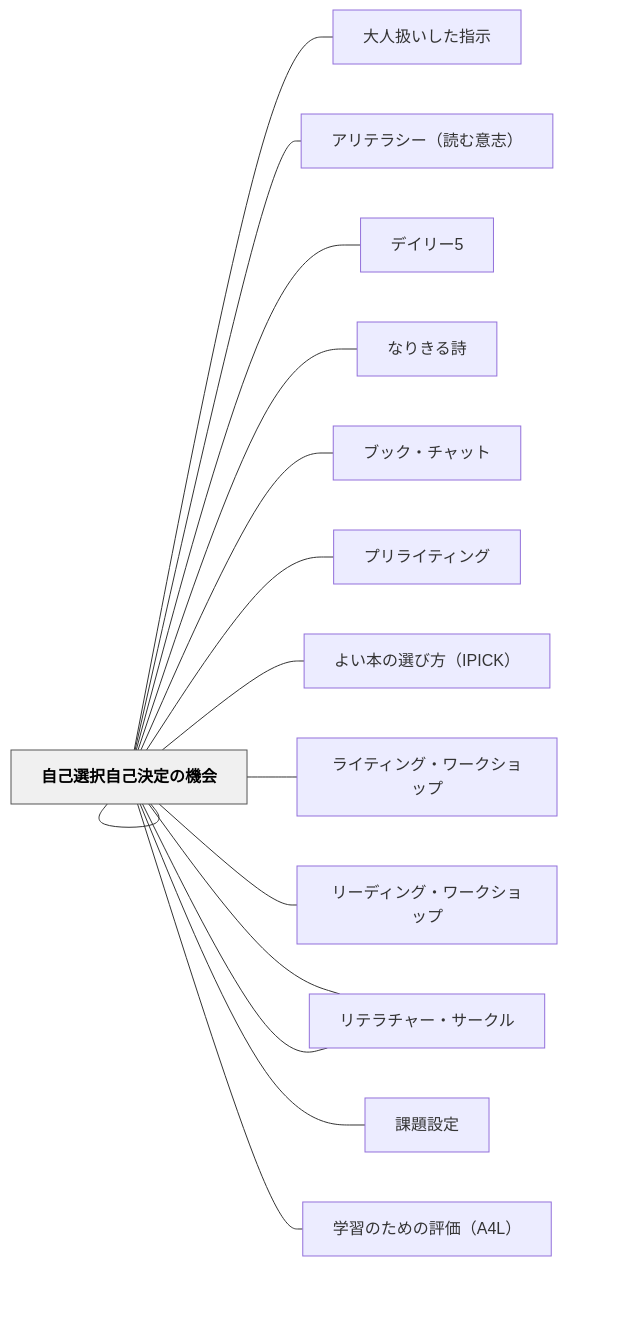
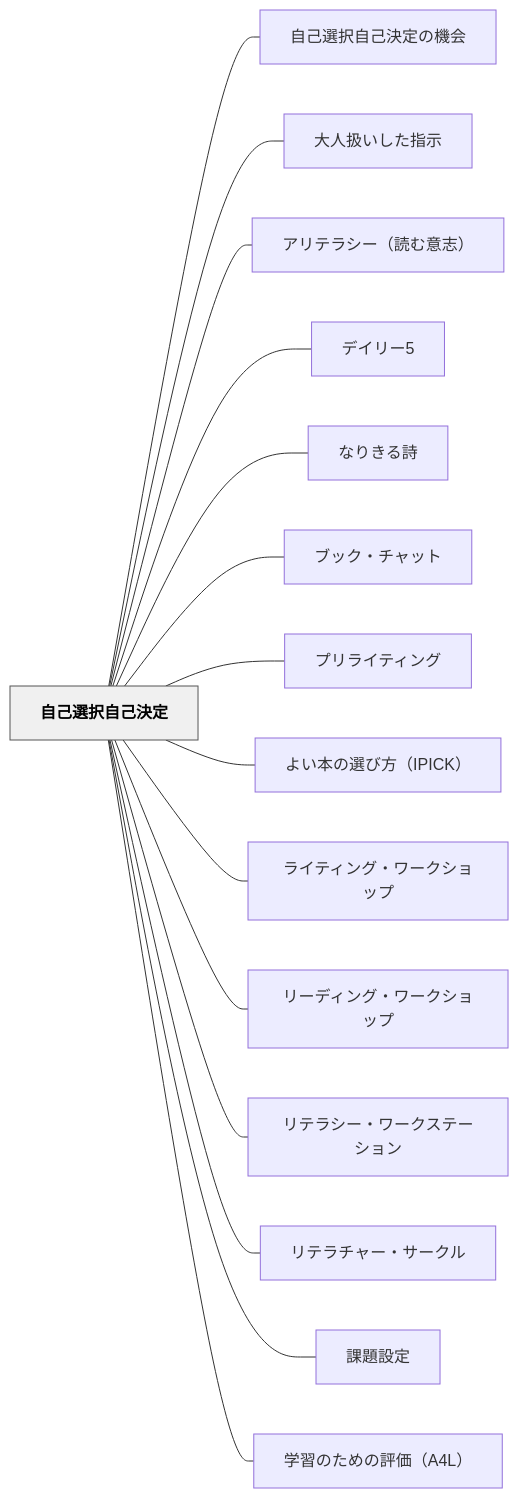
The diagram in content/パタン/自己選択自己決定.md (unknownthings-ed-patterns/unknownthings-ed-patterns), drawn with Mermaid before and after one commit. The commit also changed 527 other files, not shown here.

````diff
--- a/content/パタン/自己選択自己決定.md
+++ b/content/パタン/自己選択自己決定.md
@@ -50,36 +50,36 @@
 ```mermaid
 flowchart LR
-    ne887aae5b7b1["自己選択自己決定"]
-    ne887aae5b7b1["自己選択自己決定の機会"]
-    ne5a4a7e4baba["大人扱いした指示"]
-    ne382a2e383aa["アリテラシー（読む意志）"]
-    ne38387e382a4["デイリー5"]
-    ne381aae3828a["なりきる詩"]
-    ne38396e38383["ブック・チャット"]
-    ne38397e383aa["プリライティング"]
-    ne38288e38184["よい本の選び方（IPICK）"]
-    ne383a9e382a4["ライティング・ワークショップ"]
-    ne383aae383bc["リーディング・ワークショップ"]
-    ne383aae38386["リテラシー・ワークステーション"]
-    ne383aae38386["リテラチャー・サークル"]
-    ne8aab2e9a18c["課題設定"]
-    ne5ada6e7bf92["学習のための評価（A4L）"]
+    ne887aae5b7b1e981b8e68a9ee887aae5b7b1e6b1bae5ae9a["自己選択自己決定"]
+    ne887aae5b7b1e981b8e68a9ee887aae5b7b1e6b1bae5ae9ae381aee6a99fe4bc9a["自己選択自己決定の機会"]
+    ne5a4a7e4babae689b1e38184e38197e3819fe68c87e7a4ba["大人扱いした指示"]
+    ne382a2e383aae38386e383a9e382b7e383bcefbc88e8aaade38280e6848fe5bf97efbc89["アリテラシー（読む意志）"]
+    ne38387e382a4e383aae383bc35["デイリー5"]
+    ne381aae3828ae3818de3828be8a9a9["なりきる詩"]
+    ne38396e38383e382afe383bbe38381e383a3e38383e38388["ブック・チャット"]
+    ne38397e383aae383a9e382a4e38386e382a3e383b3e382b0["プリライティング"]
+    ne38288e38184e69cace381aee981b8e381b3e696b9efbc88495049434befbc89["よい本の選び方（IPICK）"]
+    ne383a9e382a4e38386e382a3e383b3e382b0e383bbe383afe383bce382afe382b7e383a7e38383e38397["ライティング・ワークショップ"]
+    ne383aae383bce38387e382a3e383b3e382b0e383bbe383afe383bce382afe382b7e383a7e38383e38397["リーディング・ワークショップ"]
+    ne383aae38386e383a9e382b7e383bce383bbe383afe383bce382afe382b9e38386e383bce382b7e383a7e383b3["リテラシー・ワークステーション"]
+    ne383aae38386e383a9e38381e383a3e383bce383bbe382b5e383bce382afe383ab["リテラチャー・サークル"]
+    ne8aab2e9a18ce8a8ade5ae9a["課題設定"]
+    ne5ada6e7bf92e381aee3819fe38281e381aee8a995e4bea1efbc8841344cefbc89["学習のための評価（A4L）"]
 
-    ne887aae5b7b1 --- ne887aae5b7b1
-    ne887aae5b7b1 --- ne5a4a7e4baba
-    ne887aae5b7b1 --- ne382a2e383aa
-    ne887aae5b7b1 --- ne38387e382a4
-    ne887aae5b7b1 --- ne381aae3828a
-    ne887aae5b7b1 --- ne38396e38383
-    ne887aae5b7b1 --- ne38397e383aa
-    ne887aae5b7b1 --- ne38288e38184
-    ne887aae5b7b1 --- ne383a9e382a4
-    ne887aae5b7b1 --- ne383aae383bc
-    ne887aae5b7b1 --- ne383aae38386
-    ne887aae5b7b1 --- ne383aae38386
-    ne887aae5b7b1 --- ne8aab2e9a18c
-    ne887aae5b7b1 --- ne5ada6e7bf92
+    ne887aae5b7b1e981b8e68a9ee887aae5b7b1e6b1bae5ae9a --- ne887aae5b7b1e981b8e68a9ee887aae5b7b1e6b1bae5ae9ae381aee6a99fe4bc9a
+    ne887aae5b7b1e981b8e68a9ee887aae5b7b1e6b1bae5ae9a --- ne5a4a7e4babae689b1e38184e38197e3819fe68c87e7a4ba
+    ne887aae5b7b1e981b8e68a9ee887aae5b7b1e6b1bae5ae9a --- ne382a2e383aae38386e383a9e382b7e383bcefbc88e8aaade38280e6848fe5bf97efbc89
+    ne887aae5b7b1e981b8e68a9ee887aae5b7b1e6b1bae5ae9a --- ne38387e382a4e383aae383bc35
+    ne887aae5b7b1e981b8e68a9ee887aae5b7b1e6b1bae5ae9a --- ne381aae3828ae3818de3828be8a9a9
+    ne887aae5b7b1e981b8e68a9ee887aae5b7b1e6b1bae5ae9a --- ne38396e38383e382afe383bbe38381e383a3e38383e38388
+    ne887aae5b7b1e981b8e68a9ee887aae5b7b1e6b1bae5ae9a --- ne38397e383aae383a9e382a4e38386e382a3e383b3e382b0
+    ne887aae5b7b1e981b8e68a9ee887aae5b7b1e6b1bae5ae9a --- ne38288e38184e69cace381aee981b8e381b3e696b9efbc88495049434befbc89
+    ne887aae5b7b1e981b8e68a9ee887aae5b7b1e6b1bae5ae9a --- ne383a9e382a4e38386e382a3e383b3e382b0e383bbe383afe383bce382afe382b7e383a7e38383e38397
+    ne887aae5b7b1e981b8e68a9ee887aae5b7b1e6b1bae5ae9a --- ne383aae383bce38387e382a3e383b3e382b0e383bbe383afe383bce382afe382b7e383a7e38383e38397
+    ne887aae5b7b1e981b8e68a9ee887aae5b7b1e6b1bae5ae9a --- ne383aae38386e383a9e382b7e383bce383bbe383afe383bce382afe382b9e38386e383bce382b7e383a7e383b3
+    ne887aae5b7b1e981b8e68a9ee887aae5b7b1e6b1bae5ae9a --- ne383aae38386e383a9e38381e383a3e383bce383bbe382b5e383bce382afe383ab
+    ne887aae5b7b1e981b8e68a9ee887aae5b7b1e6b1bae5ae9a --- ne8aab2e9a18ce8a8ade5ae9a
+    ne887aae5b7b1e981b8e68a9ee887aae5b7b1e6b1bae5ae9a --- ne5ada6e7bf92e381aee3819fe38281e381aee8a995e4bea1efbc8841344cefbc89
 
     classDef hub fill:#f0f0f0,stroke:#555,color:#000,font-weight:bold
-    class ne887aae5b7b1 hub
+    class ne887aae5b7b1e981b8e68a9ee887aae5b7b1e6b1bae5ae9a hub
 ```
````
